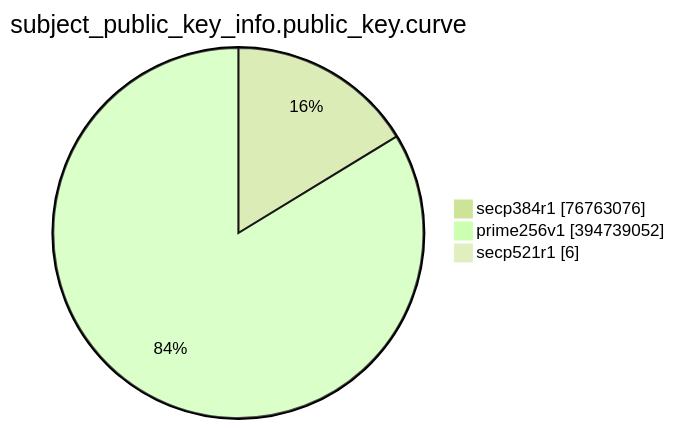
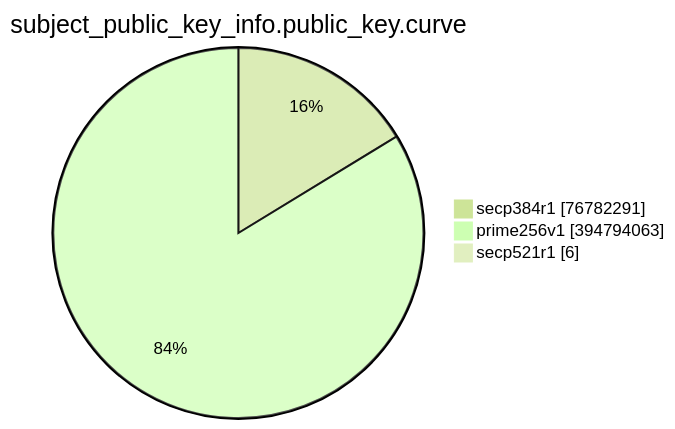
The eighth of 15 diagrams in TOTAL/README.md (christiankrug/ctmonitor_visualization), drawn with Mermaid (forest theme) before and after one commit. The commit also changed other lines of this file, not shown here.

````diff
--- a/TOTAL/README.md
+++ b/TOTAL/README.md
@@ -3094,7 +3094,7 @@
 ```mermaid
 pie showData
 title subject_public_key_info.public_key.curve
-"secp384r1" :76763076
-"prime256v1" :394739052
+"secp384r1" :76782291
+"prime256v1" :394794063
 "secp521r1" :6
 ```
````
